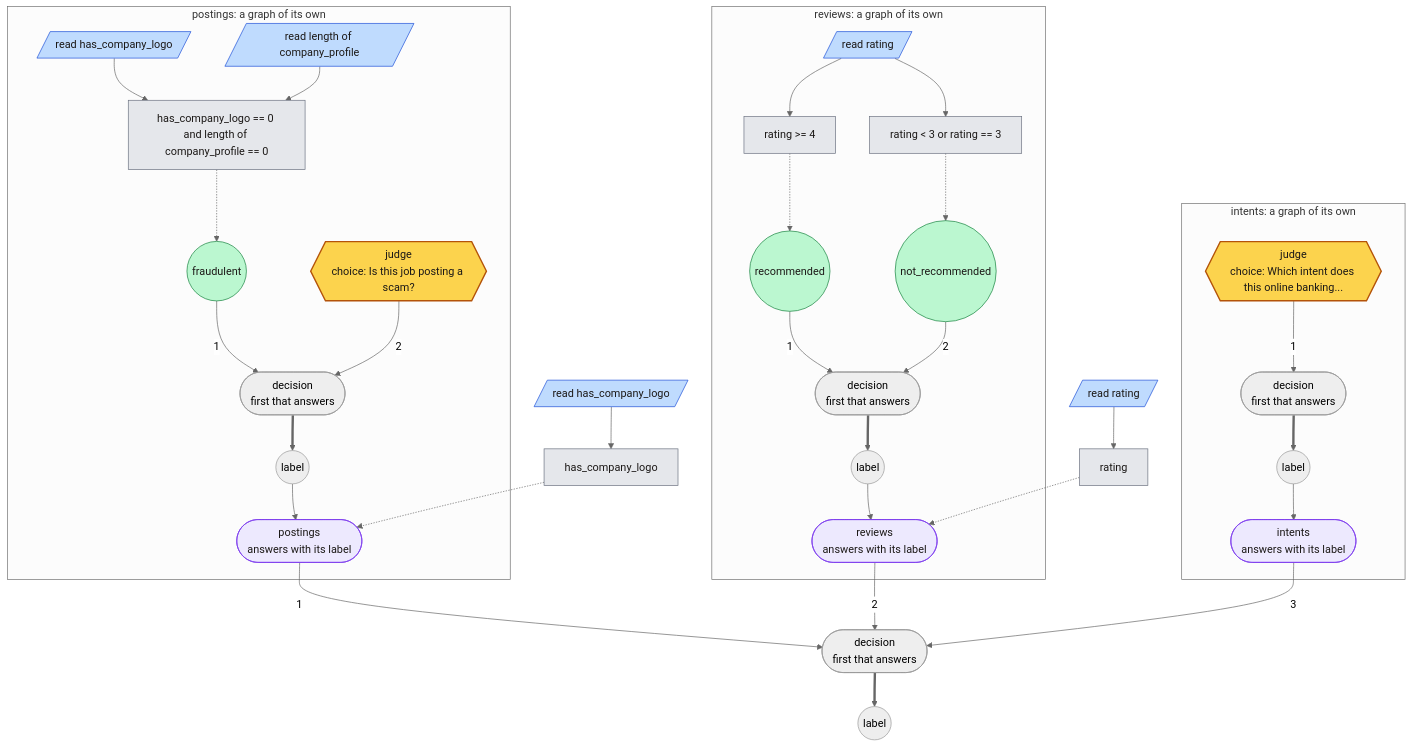
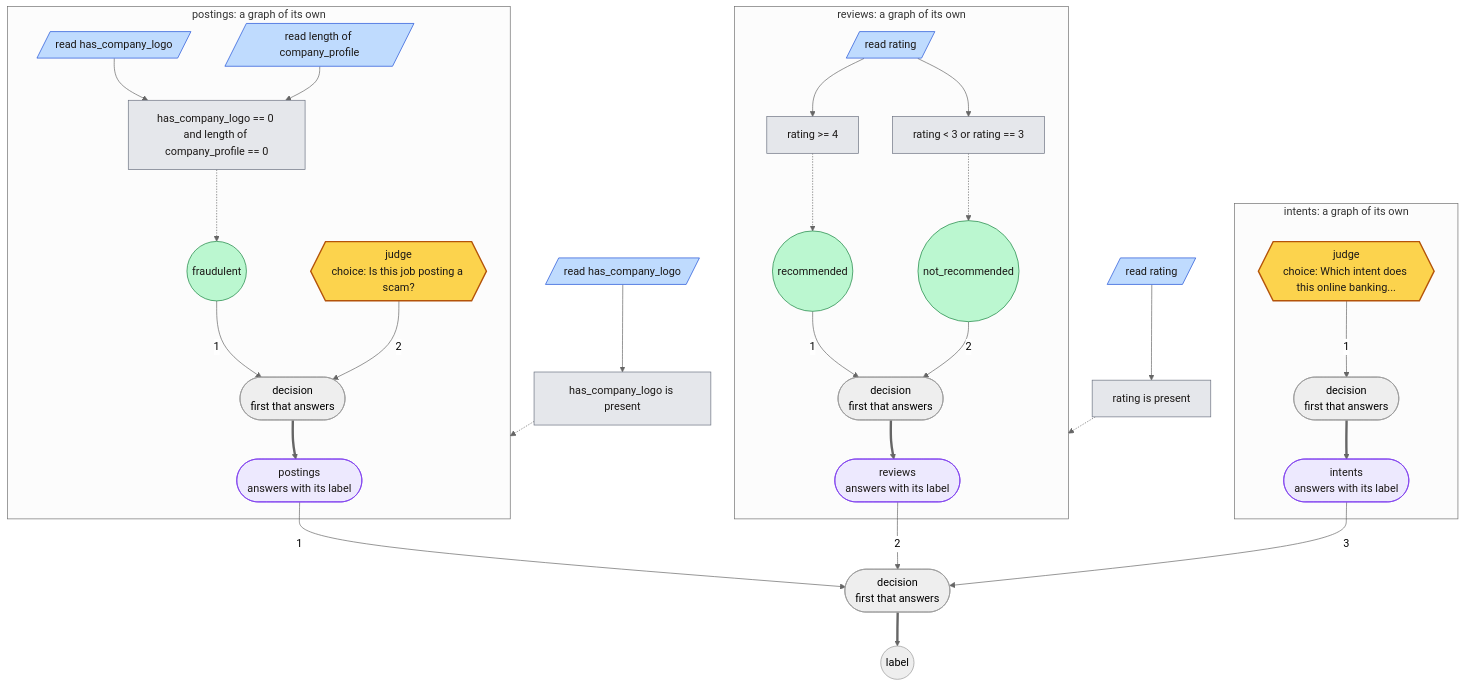
Before and after one commit to MCERQUA/rulesmith: the diagram in docs/maps.md, drawn with Mermaid (neutral theme). The commit also changed 3 other files, not shown here.

First line of the commit message:
Gate a drawn unit as a whole and let its answer leave once

````diff
--- a/docs/maps.md
+++ b/docs/maps.md
@@ -52,71 +52,65 @@
 ```mermaid
 flowchart TD
     n0[/"read has_company_logo"/]
     subgraph n1_unit["postings: a graph of its own"]
+    n1(["postings<br/>answers with its label"])
     n1_n0[/"read has_company_logo"/]
     n1_n1[/"read length of company_profile"/]
     n1_n2(("fraudulent"))
     n1_n3{{"judge<br/>choice: Is this job posting a scam?"}}
     n1_n4(["decision<br/>first that answers"])
     n1_c0["has_company_logo == 0 and length of company_profile == 0"]
     n1_n0 --> n1_c0
     n1_n1 --> n1_c0
     n1_c0 -.-> n1_n2
     n1_n2 -->|"1"| n1_n4
     n1_n3 -->|"2"| n1_n4
-    n1_o0(("label"))
-    n1_n4 ==> n1_o0
-    n1(["postings<br/>answers with its label"])
-    n1_o0 --> n1
+    n1_n4 ==> n1
     end
     n2[/"read rating"/]
     subgraph n3_unit["reviews: a graph of its own"]
+    n3(["reviews<br/>answers with its label"])
     n3_n0[/"read rating"/]
     n3_n1(("recommended"))
     n3_n2(("not_recommended"))
     n3_n3(["decision<br/>first that answers"])
     n3_c0["rating >= 4"]
     n3_n0 --> n3_c0
     n3_c0 -.-> n3_n1
     n3_c1["rating < 3 or rating == 3"]
     n3_n0 --> n3_c1
     n3_c1 -.-> n3_n2
     n3_n1 -->|"1"| n3_n3
     n3_n2 -->|"2"| n3_n3
-    n3_o0(("label"))
-    n3_n3 ==> n3_o0
-    n3(["reviews<br/>answers with its label"])
-    n3_o0 --> n3
+    n3_n3 ==> n3
     end
     subgraph n4_unit["intents: a graph of its own"]
+    n4(["intents<br/>answers with its label"])
     n4_n0{{"judge<br/>choice: Which intent does this online banking..."}}
     n4_n1(["decision<br/>first that answers"])
     n4_n0 -->|"1"| n4_n1
-    n4_o0(("label"))
-    n4_n1 ==> n4_o0
-    n4(["intents<br/>answers with its label"])
-    n4_o0 --> n4
+    n4_n1 ==> n4
     end
     n5(["decision<br/>first that answers"])
-    c0["has_company_logo"]
+    c0["has_company_logo is present"]
     n0 --> c0
-    c0 -.-> n1
-    c1["rating"]
+    c0 -.-> n1_unit
+    c1["rating is present"]
     n2 --> c1
-    c1 -.-> n3
+    c1 -.-> n3_unit
     n1 -->|"1"| n5
     n3 -->|"2"| n5
     n4 -->|"3"| n5
     o0(("label"))
     n5 ==> o0
     classDef judge fill:#fcd34d,stroke:#b45309,stroke-width:2px,color:#1c1917
     class n1_n3,n4_n0 judge
     classDef read fill:#bfdbfe,stroke:#1d4ed8,color:#1c1917
     class n1_n0,n1_n1,n3_n0,n0,n2 read
     classDef rule fill:#bbf7d0,stroke:#15803d,color:#1c1917
     class n1_n2,n3_n1,n3_n2 rule
     classDef unit fill:#ede9fe,stroke:#7c3aed,color:#1c1917
     class n1,n3,n4 unit
     classDef condition fill:#e5e7eb,stroke:#6b7280,color:#1c1917
     class n1_c0,n3_c0,n3_c1,c0,c1 condition
 ```
````
